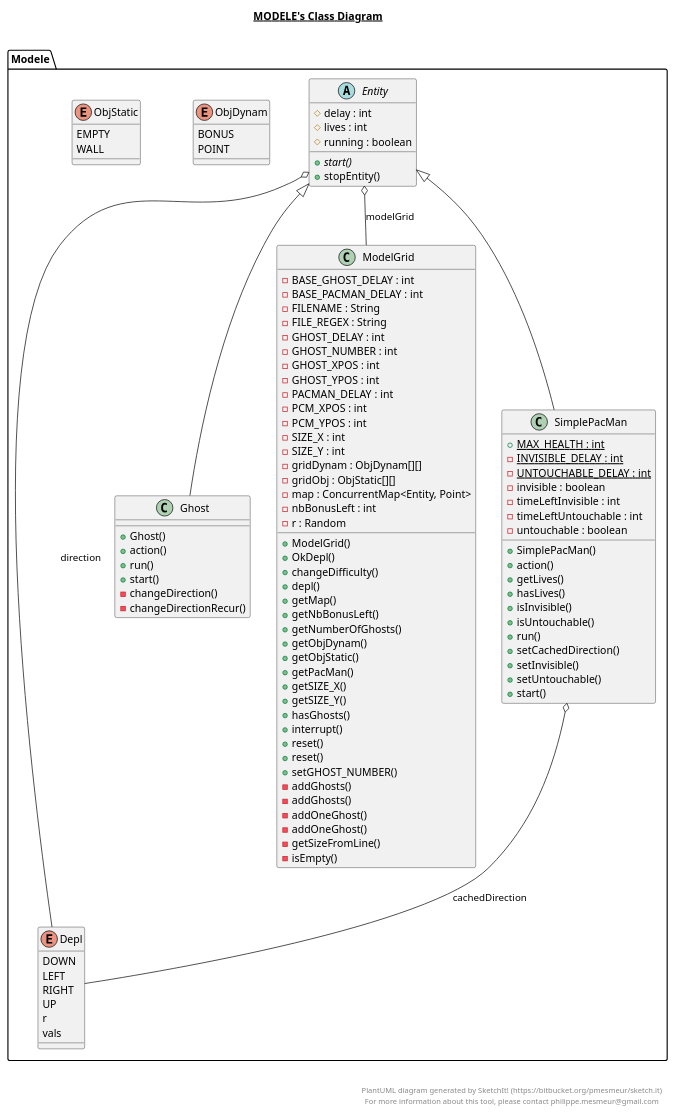
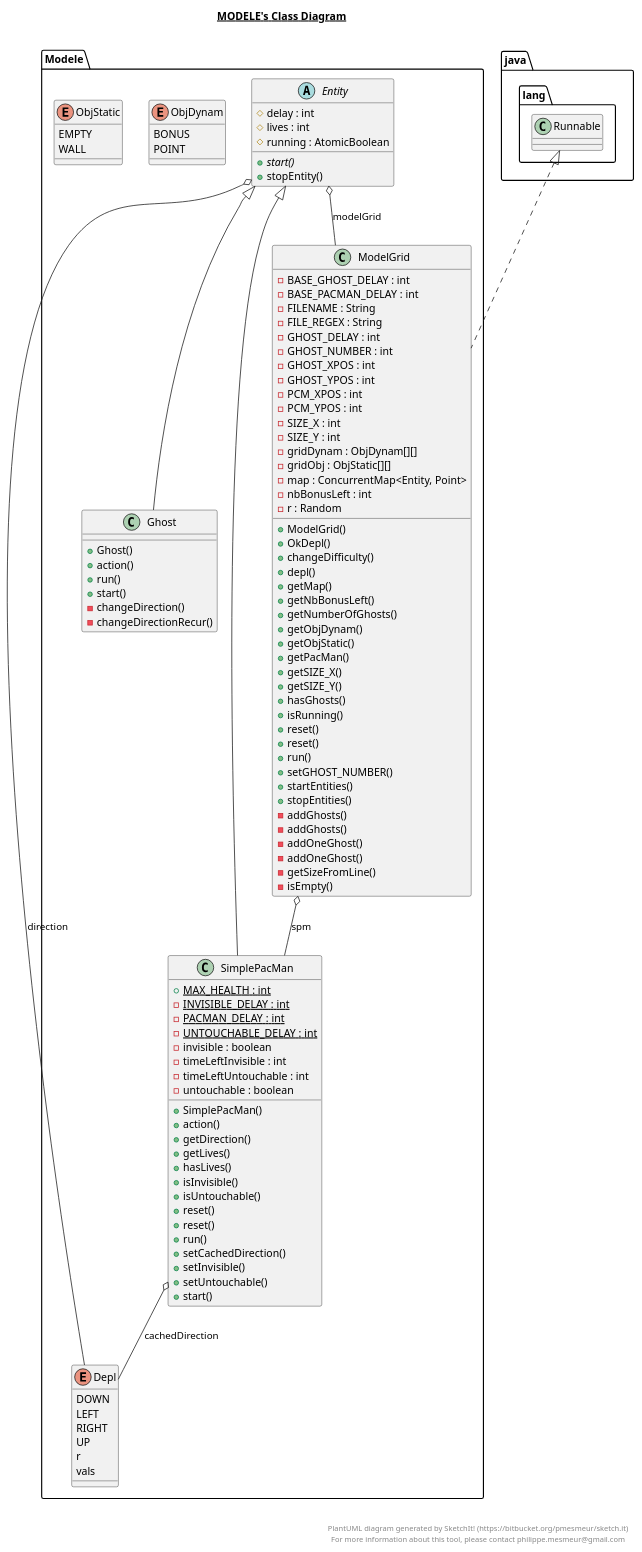
Before and after one commit to SimonGaufreteau/PacMan-Java: the diagram in src/Modele/Modele.plantuml, drawn with PlantUML. The commit also changed 4 other files, not shown here.

Commit message:
plantuml generation

```diff
--- a/src/Modele/Modele.plantuml
+++ b/src/Modele/Modele.plantuml
@@ -1,141 +1,149 @@
 @startuml
 
 title __MODELE's Class Diagram__\n
 
   namespace Modele {
     enum Depl {
       DOWN
       LEFT
       RIGHT
       UP
       r
       vals
     }
   }
   
 
   namespace Modele {
     abstract class Modele.Entity {
         # delay : int
         # lives : int
-        # running : boolean
+        # running : AtomicBoolean
         {abstract} + start()
         + stopEntity()
     }
   }
   
 
   namespace Modele {
     class Modele.Ghost {
         + Ghost()
         + action()
         + run()
         + start()
         - changeDirection()
         - changeDirectionRecur()
     }
   }
   
 
   namespace Modele {
     class Modele.ModelGrid {
         - BASE_GHOST_DELAY : int
         - BASE_PACMAN_DELAY : int
         - FILENAME : String
         - FILE_REGEX : String
         - GHOST_DELAY : int
         - GHOST_NUMBER : int
         - GHOST_XPOS : int
         - GHOST_YPOS : int
-        - PACMAN_DELAY : int
         - PCM_XPOS : int
         - PCM_YPOS : int
         - SIZE_X : int
         - SIZE_Y : int
         - gridDynam : ObjDynam[][]
         - gridObj : ObjStatic[][]
         - map : ConcurrentMap<Entity, Point>
         - nbBonusLeft : int
         - r : Random
         + ModelGrid()
         + OkDepl()
         + changeDifficulty()
         + depl()
         + getMap()
         + getNbBonusLeft()
         + getNumberOfGhosts()
         + getObjDynam()
         + getObjStatic()
         + getPacMan()
         + getSIZE_X()
         + getSIZE_Y()
         + hasGhosts()
-        + interrupt()
+        + isRunning()
         + reset()
         + reset()
+        + run()
         + setGHOST_NUMBER()
+        + startEntities()
+        + stopEntities()
         - addGhosts()
         - addGhosts()
         - addOneGhost()
         - addOneGhost()
         - getSizeFromLine()
         - isEmpty()
     }
   }
   
 
   namespace Modele {
     enum ObjDynam {
       BONUS
       POINT
     }
   }
   
 
   namespace Modele {
     enum ObjStatic {
       EMPTY
       WALL
     }
   }
   
 
   namespace Modele {
     class Modele.SimplePacMan {
         {static} + MAX_HEALTH : int
         {static} - INVISIBLE_DELAY : int
+        {static} - PACMAN_DELAY : int
         {static} - UNTOUCHABLE_DELAY : int
         - invisible : boolean
         - timeLeftInvisible : int
         - timeLeftUntouchable : int
         - untouchable : boolean
         + SimplePacMan()
         + action()
+        + getDirection()
         + getLives()
         + hasLives()
         + isInvisible()
         + isUntouchable()
+        + reset()
+        + reset()
         + run()
         + setCachedDirection()
         + setInvisible()
         + setUntouchable()
         + start()
     }
   }
   
 
   Modele.Entity o-- Modele.Depl : direction
   Modele.Entity o-- Modele.ModelGrid : modelGrid
   Modele.Ghost -up-|> Modele.Entity
+  Modele.ModelGrid .up.|> java.lang.Runnable
+  Modele.ModelGrid o-- Modele.SimplePacMan : spm
   Modele.SimplePacMan -up-|> Modele.Entity
   Modele.SimplePacMan o-- Modele.Depl : cachedDirection
 
 
 right footer
 
 
 PlantUML diagram generated by SketchIt! (https://bitbucket.org/pmesmeur/sketch.it)
 For more information about this tool, please contact philippe.mesmeur@gmail.com
 endfooter
 
 @enduml
```
